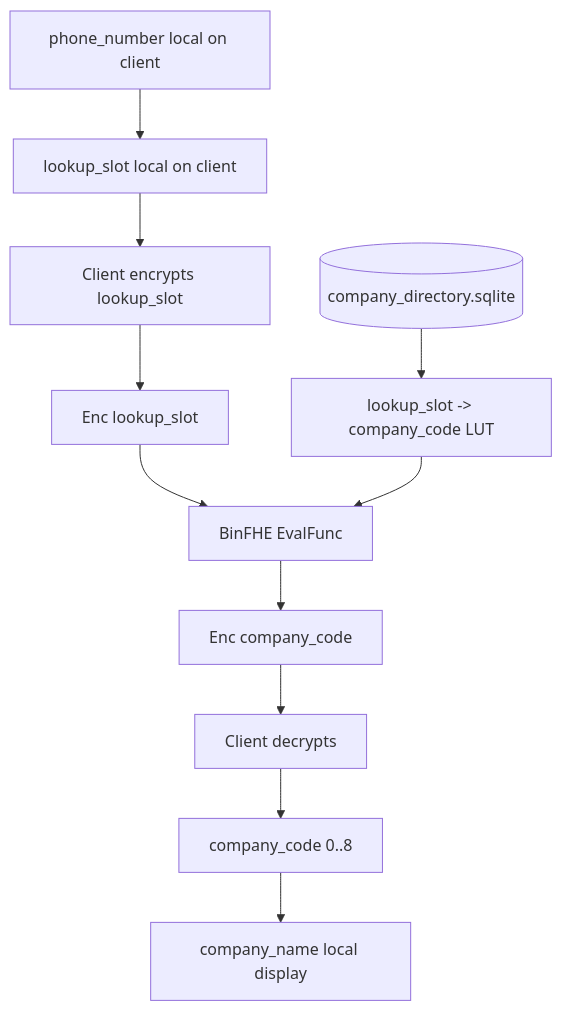
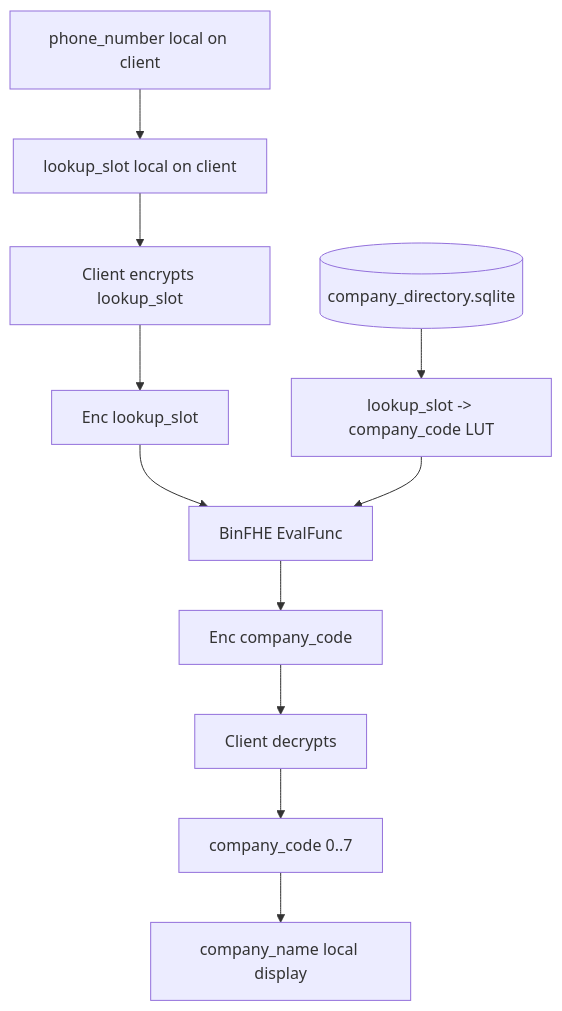
Before and after one commit to Nhatcao1/he_profiler: the diagram in ARCHITECTURE_DIAGRAM.md, drawn with Mermaid. The commit also changed other lines of this file and 12 other files, not shown here.

````diff
--- a/ARCHITECTURE_DIAGRAM.md
+++ b/ARCHITECTURE_DIAGRAM.md
@@ -15,14 +15,14 @@
 ```mermaid
 flowchart TD
     PHONE[phone_number local on client] --> SLOT[lookup_slot local on client]
     SLOT --> ENC[Client encrypts lookup_slot]
     ENC --> CT[Enc lookup_slot]
 
     DIR[(company_directory.sqlite)] --> LUT[lookup_slot -> company_code LUT]
     CT --> EVAL[BinFHE EvalFunc]
     LUT --> EVAL
     EVAL --> OUT[Enc company_code]
     OUT --> DEC[Client decrypts]
-    DEC --> CODE[company_code 0..8]
+    DEC --> CODE[company_code 0..7]
     CODE --> NAME[company_name local display]
 ```
````
